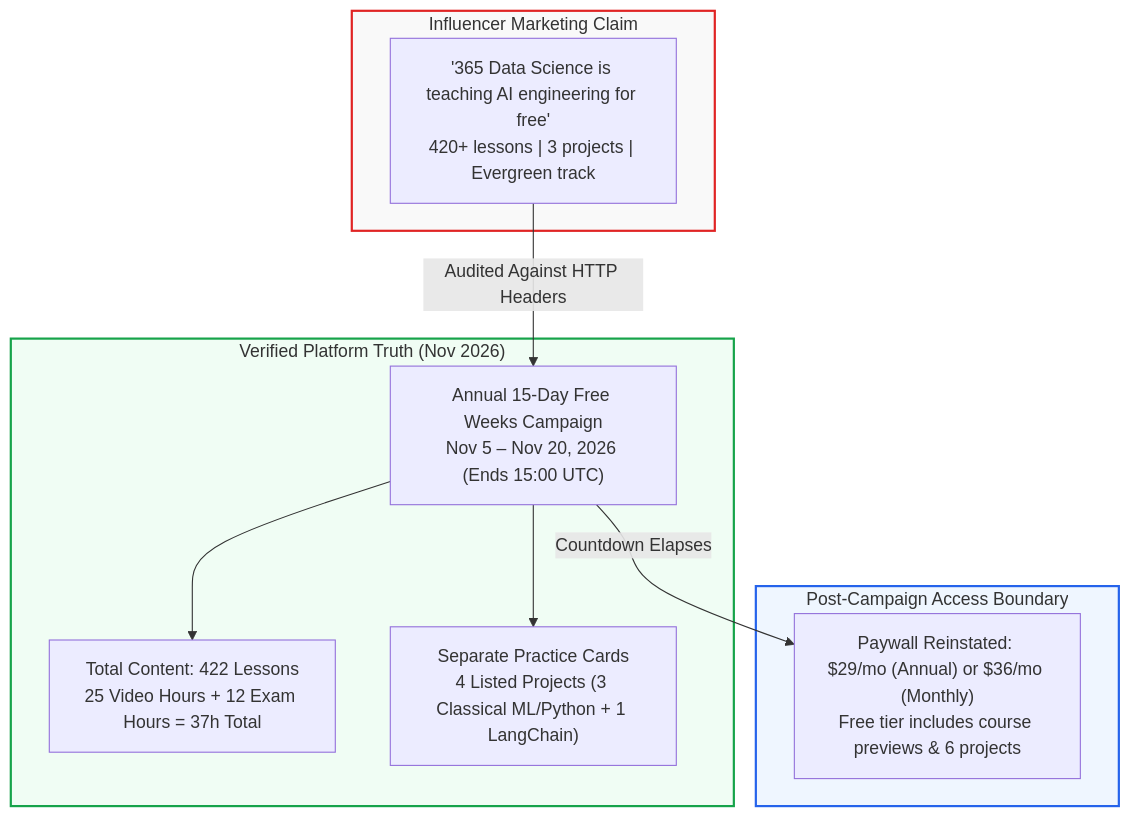
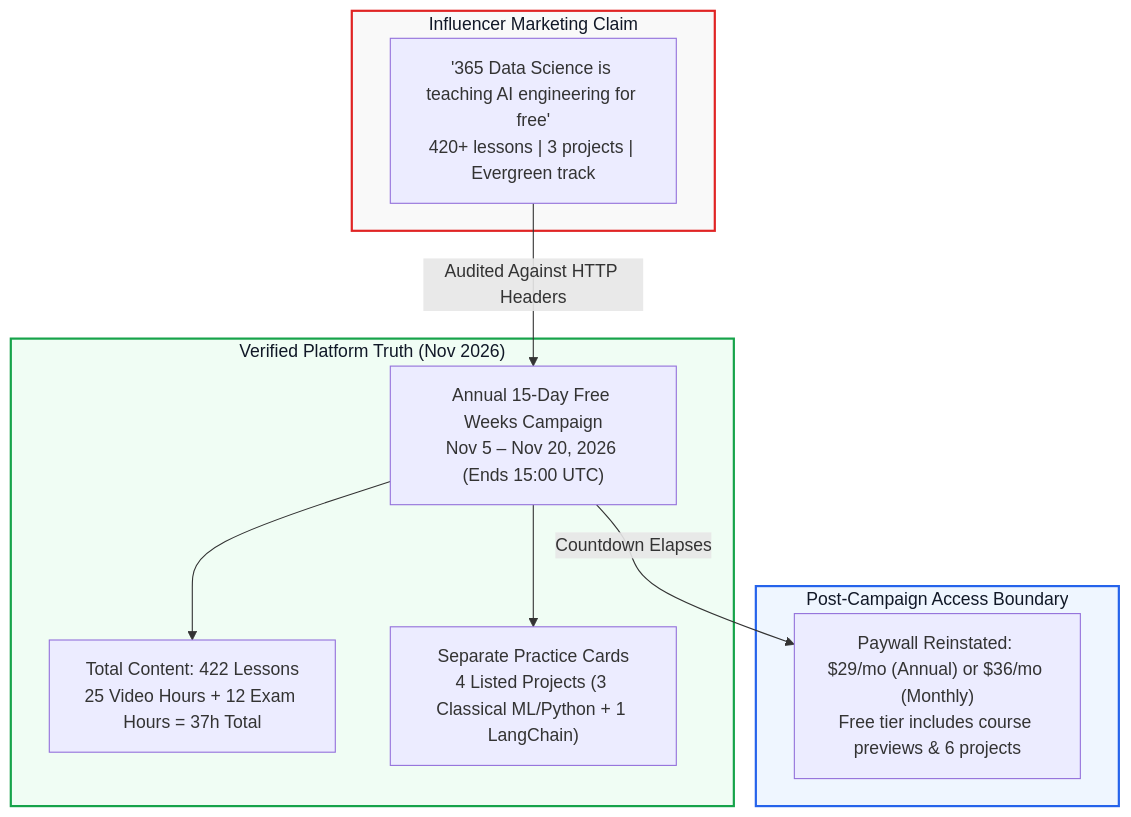
One commit to akillness/akillness.github.io changed the first of 2 diagrams in _posts/2026-11-08-365-data-science-ai-agent-curriculum-audit.md. Above: the diagram before and after it, drawn with Mermaid. The commit also changed other lines of this file and 1 other file, not shown here.

Commit message:
fix(blog): render curriculum Mermaid diagrams in both themes

````diff
--- a/_posts/2026-11-08-365-data-science-ai-agent-curriculum-audit.md
+++ b/_posts/2026-11-08-365-data-science-ai-agent-curriculum-audit.md
@@ -45,25 +48,26 @@
 ```mermaid
+%%{init: {"flowchart": {"useMaxWidth": false}}}%%
 flowchart TD
     subgraph LinkedInClaim ["Influencer Marketing Claim"]
         A["'365 Data Science is teaching AI engineering for free'<br/>420+ lessons | 3 projects | Evergreen track"]
     end
 
     subgraph TechnicalReality ["Verified Platform Truth (Nov 2026)"]
         B["Annual 15-Day Free Weeks Campaign<br/>Nov 5 – Nov 20, 2026 (Ends 15:00 UTC)"]
         C["Total Content: 422 Lessons<br/>25 Video Hours + 12 Exam Hours = 37h Total"]
         D["Separate Practice Cards<br/>4 Listed Projects (3 Classical ML/Python + 1 LangChain)"]
     end
 
     subgraph PostWindow ["Post-Campaign Access Boundary"]
         E["Paywall Reinstated: $29/mo (Annual) or $36/mo (Monthly)<br/>Free tier includes course previews & 6 projects"]
     end
 
     A -->|Audited Against HTTP Headers| B
     B --> C
     B --> D
     B -->|Countdown Elapses| E
 
-    style LinkedInClaim fill:#f9f9f9,stroke:#e02424,stroke-width:2px
-    style TechnicalReality fill:#f0fdf4,stroke:#16a34a,stroke-width:2px
-    style PostWindow fill:#eff6ff,stroke:#2563eb,stroke-width:2px
+    style LinkedInClaim fill:#f9f9f9,stroke:#e02424,stroke-width:2px,color:#111827
+    style TechnicalReality fill:#f0fdf4,stroke:#16a34a,stroke-width:2px,color:#111827
+    style PostWindow fill:#eff6ff,stroke:#2563eb,stroke-width:2px,color:#111827
 ```
````
